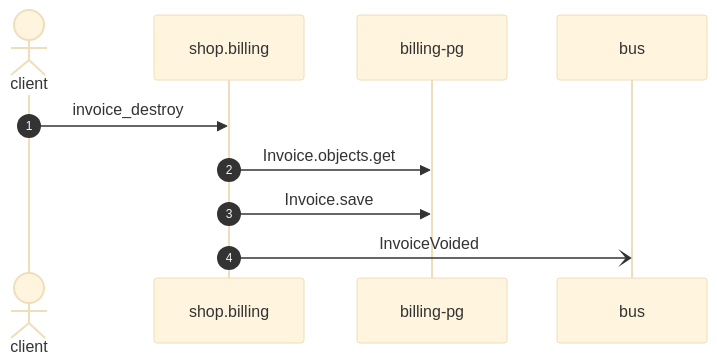
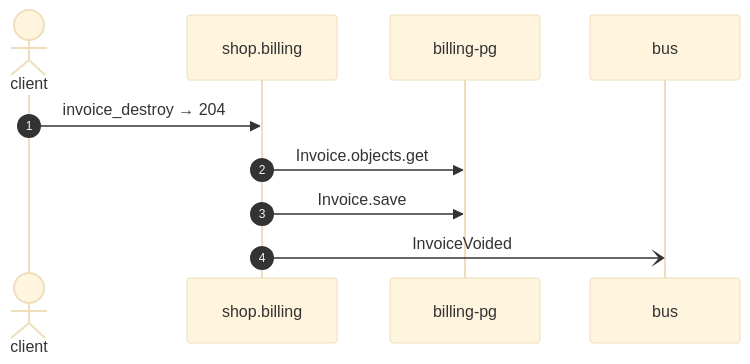
One commit to shortlink-org/portolan changed the diagram in docs/flows/billing-invoice-destroy.md. Above: the diagram before and after it, drawn with Mermaid (base theme). The commit also changed other lines of this file and 87 other files, not shown here.

````diff
--- a/docs/flows/billing-invoice-destroy.md
+++ b/docs/flows/billing-invoice-destroy.md
@@ -22,12 +22,12 @@
 ```mermaid
 sequenceDiagram
     autonumber
     actor p0 as client
     participant p1 as shop.billing
     participant p2 as billing-pg
     participant p3 as bus
-    p0->>p1: invoice_destroy
+    p0->>p1: invoice_destroy → 204
     p1->>p2: Invoice.objects.get
     p1->>p2: Invoice.save
     p1-)p3: InvoiceVoided
 ```
````
